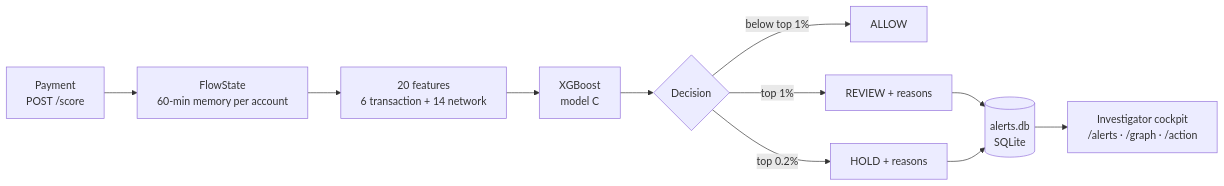
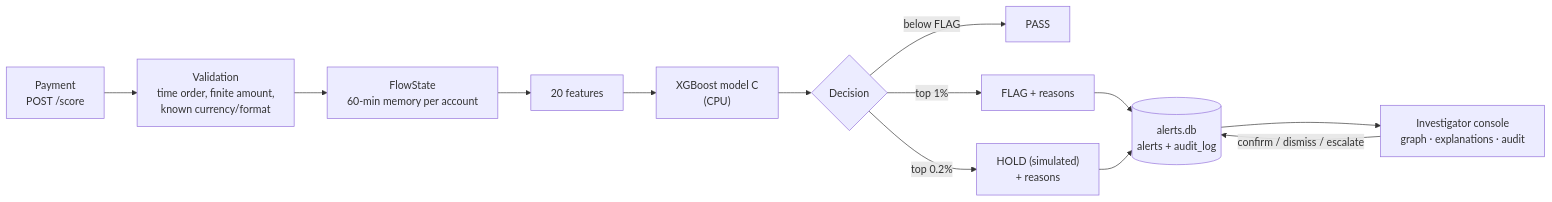
Before and after one commit to Adib-07/MULETRACE: the diagram in README.md, drawn with Mermaid. The commit also changed other lines of this file and 2 other files, not shown here.

````diff
--- a/README.md
+++ b/README.md
@@ -40,13 +36,15 @@
 ```mermaid
 flowchart LR
-    P["Payment<br/>POST /score"] --> S["FlowState<br/>60-min memory per account"]
-    S --> F["20 features<br/>6 transaction + 14 network"]
-    F --> M["XGBoost<br/>model C"]
+    P["Payment<br/>POST /score"] --> V["Validation<br/>time order, finite amount,<br/>known currency/format"]
+    V --> S["FlowState<br/>60-min memory per account"]
+    S --> F["20 features"]
+    F --> M["XGBoost model C<br/>(CPU)"]
     M --> D{"Decision"}
-    D -->|"below top 1%"| A["ALLOW"]
-    D -->|"top 1%"| R["REVIEW + reasons"]
-    D -->|"top 0.2%"| H["HOLD + reasons"]
-    R --> Q[("alerts.db<br/>SQLite")]
+    D -->|"below FLAG"| A["PASS"]
+    D -->|"top 1%"| R["FLAG + reasons"]
+    D -->|"top 0.2%"| H["HOLD (simulated)<br/>+ reasons"]
+    R --> Q[("alerts.db<br/>alerts + audit_log")]
     H --> Q
-    Q --> C["Investigator cockpit<br/>/alerts · /graph · /action"]
+    Q --> C["Investigator console<br/>graph · explanations · audit"]
+    C -->|"confirm / dismiss / escalate"| Q
 ```
````
